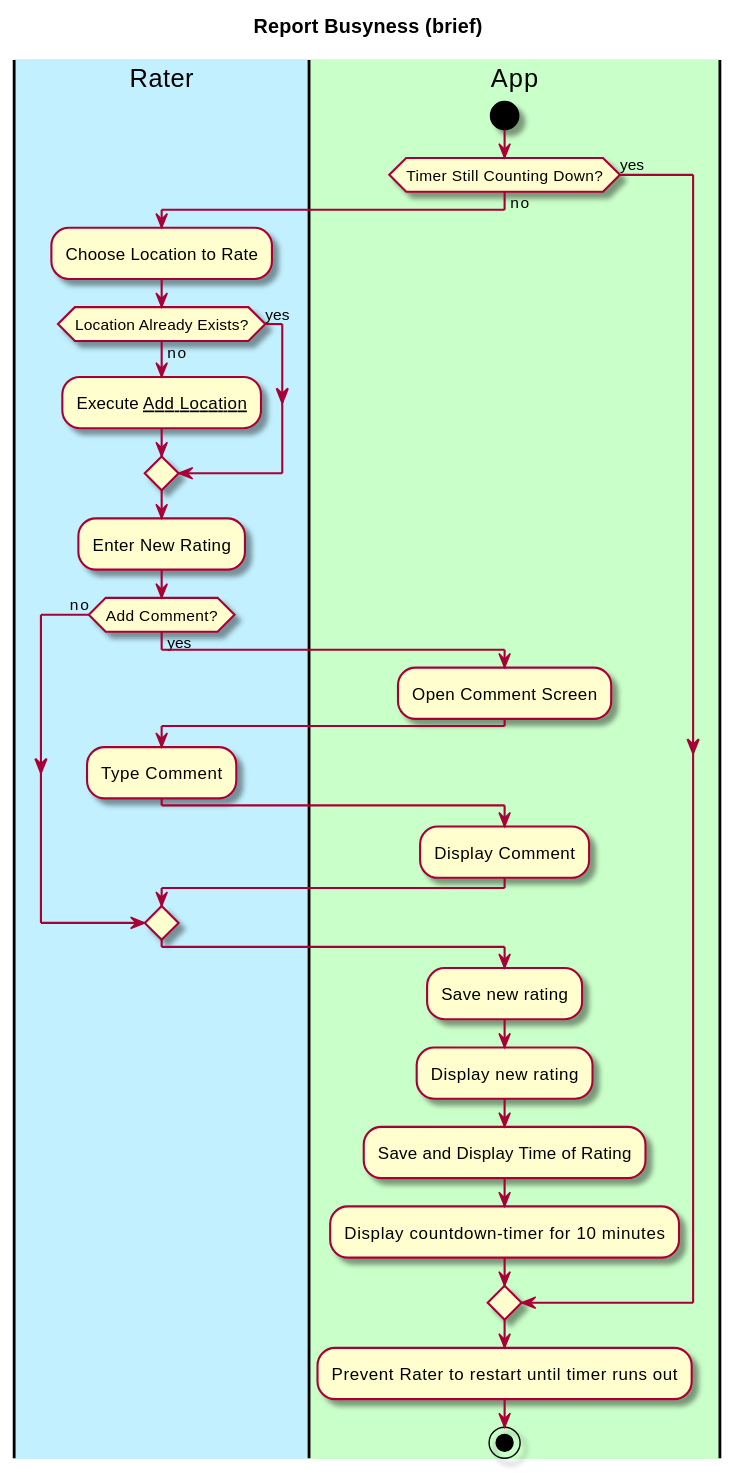
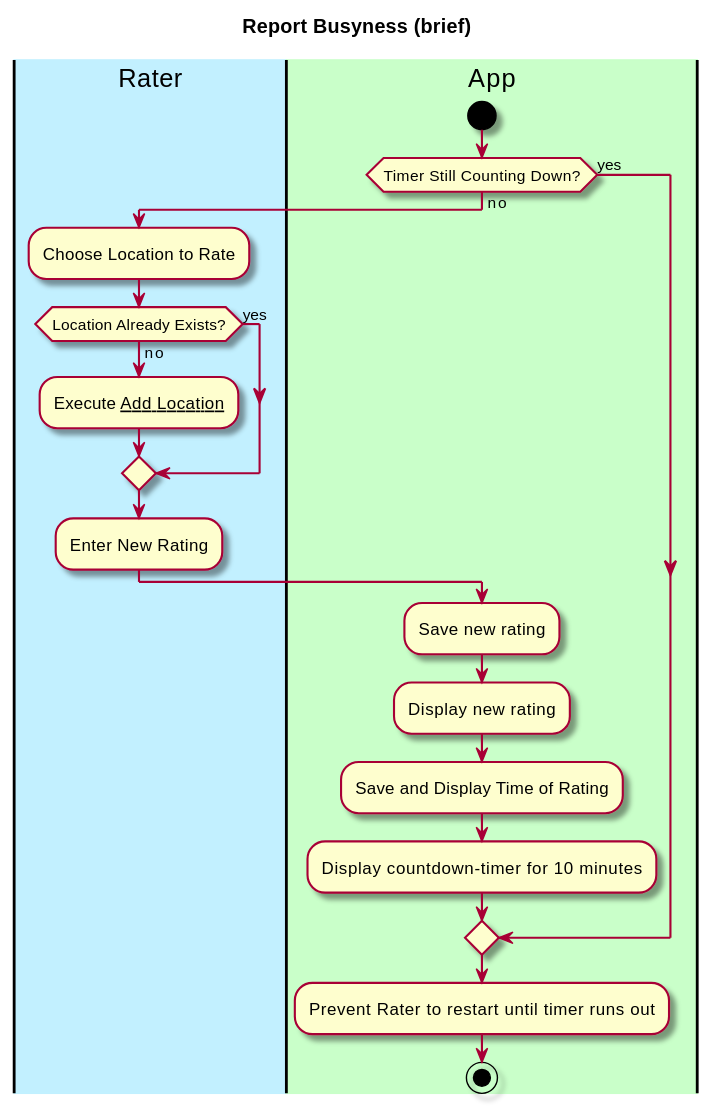
The diagram in intellij/documentation/use_cases/report_busyness.md (manoushpajouh/Vassar-Crowdmeter), drawn with PlantUML before and after one commit.

Commit message:
updated report busyness use case diagram - removed comments

````diff
--- a/intellij/documentation/use_cases/report_busyness.md
+++ b/intellij/documentation/use_cases/report_busyness.md
@@ -30,45 +30,35 @@
 ```plantuml
 @startuml
 
 skin rose
 
 title Report Busyness (brief)
 
 'define the lanes
 |#application|Rater|
 |#technology|App|
 
 |App|
 start
 if (Timer Still Counting Down?) then (yes)
 else (no)
 |Rater|
     :Choose Location to Rate;
         if (Location Already Exists?) then (yes)
         
         else (no)
         :Execute __Add Location__;
         endif
      :Enter New Rating;
      
-        if (Add Comment?) then (yes)
-            |App|
-            :Open Comment Screen;
-            |Rater|
-            :Type Comment;
-            |App|
-            :Display Comment;
-      
-         else (no)
-        endif
-
+       
 |App|
 :Save new rating;
 :Display new rating;
 :Save and Display Time of Rating;
 :Display countdown-timer for 10 minutes;
 endif
 :Prevent Rater to restart until timer runs out;
 stop
 @enduml
 ```
````
